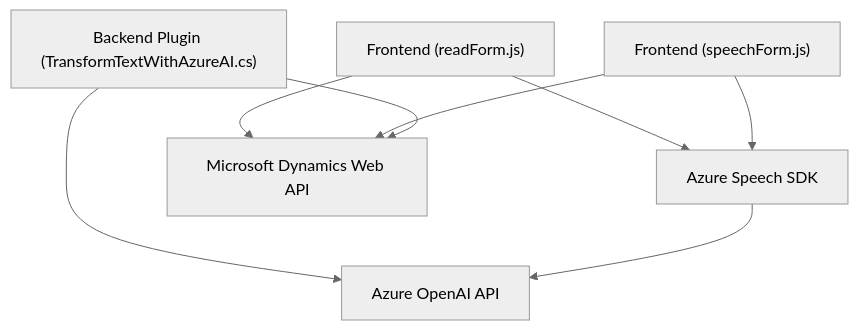
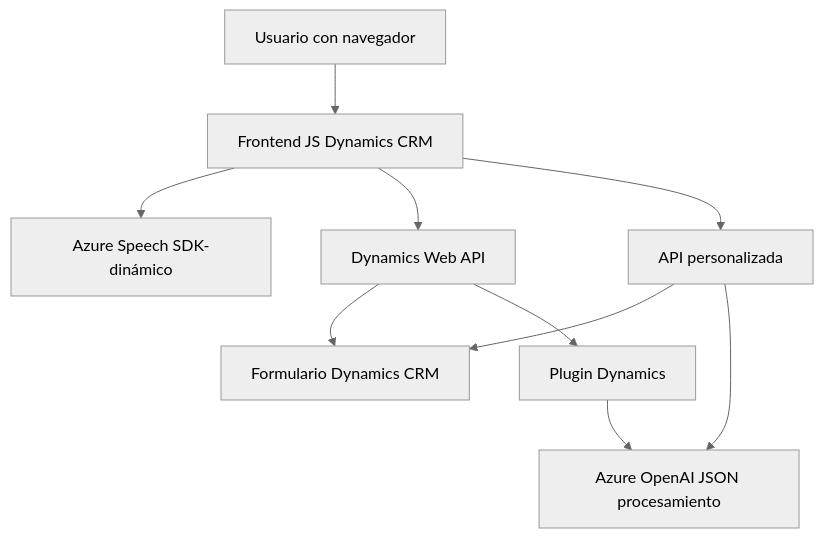
Before and after one commit to blopezdm/NETCORE_BILBAO2025: the diagram in README.md, drawn with Mermaid (neutral theme). The commit also changed other lines of this file, not shown here.

Commit message:
Actualizar análisis global de la solución con IA

````diff
--- a/README.md
+++ b/README.md
@@ -62,10 +36,12 @@
 ```mermaid
 graph TD
-    A["Frontend (readForm.js)"] --> B["Azure Speech SDK"]
-    A --> C["Microsoft Dynamics Web API"]
-    D["Frontend (speechForm.js)"] --> B
-    D --> C
-    E["Backend Plugin (TransformTextWithAzureAI.cs)"] --> F["Azure OpenAI API"]
-    E --> C
-    B --> F
+A["Usuario con navegador"] --> B["Frontend JS Dynamics CRM"]
+B --> C["Azure Speech SDK-dinámico"]
+B --> D["Dynamics Web API"]
+D --> F["Formulario Dynamics CRM"]
+B --> E["API personalizada"]
+E --> F
+E --> G["Azure OpenAI JSON procesamiento"]
+D --> H["Plugin Dynamics"]
+H --> G
 ```
````
